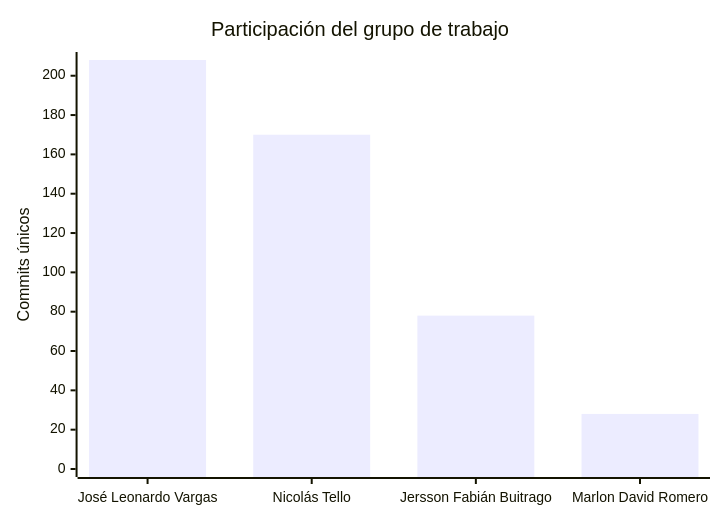
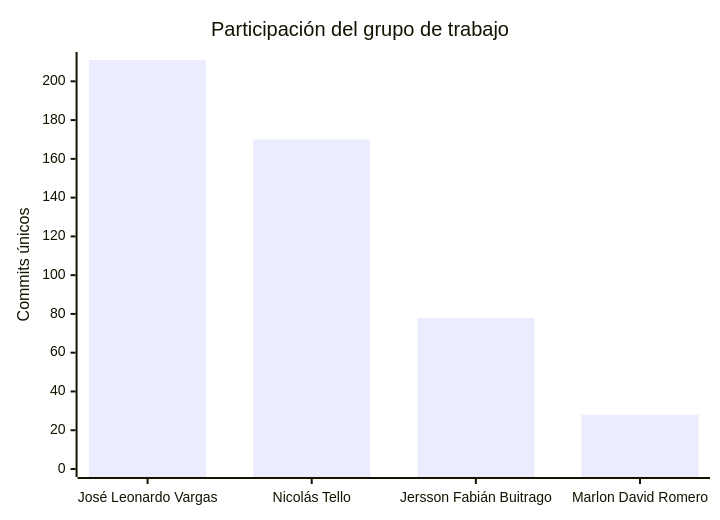
The second of 2 diagrams in README.md (FarmaExpres/FarmaExpres), drawn with Mermaid before and after one commit. The commit also changed other lines of this file and 1 other file, not shown here.

````diff
--- a/README.md
+++ b/README.md
@@ -401,7 +401,7 @@
 ```mermaid
 xychart-beta
     title "Participación del grupo de trabajo"
     x-axis ["José Leonardo Vargas", "Nicolás Tello", "Jersson Fabián Buitrago", "Marlon David Romero"]
-    y-axis "Commits únicos" 0 --> 208
-    bar [208, 170, 78, 28]
+    y-axis "Commits únicos" 0 --> 211
+    bar [211, 170, 78, 28]
 ```
````
